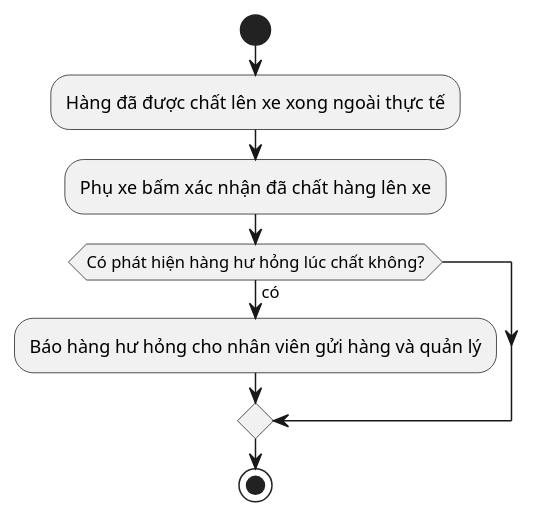
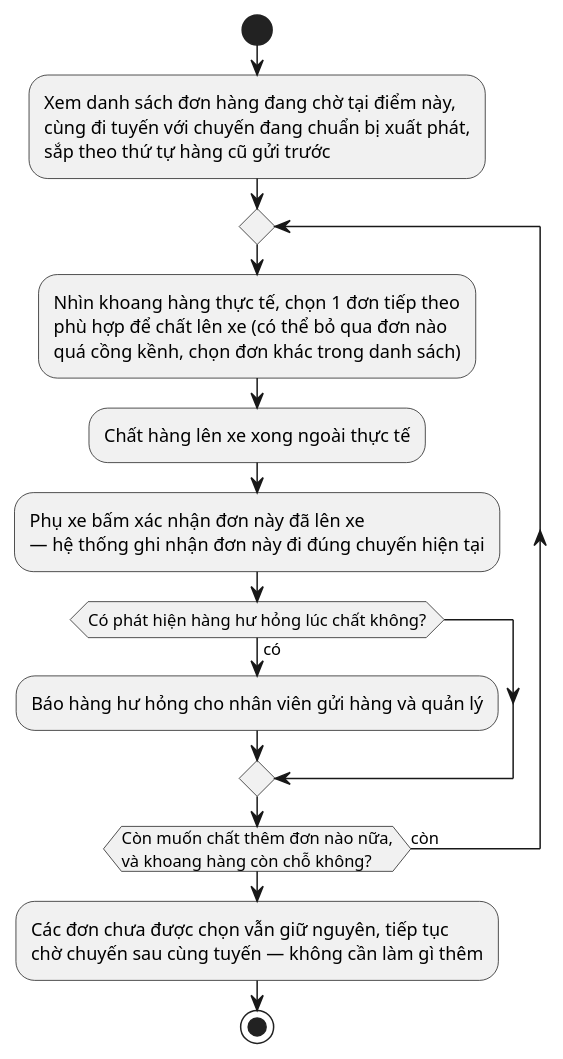
One commit to nguyenvietanhit19/Project1_HeThongQuanLyNhaXeKhachLienTinh changed diagram 35 of 52 in UML_DIAGRAMS.md. Above: the diagram before and after it, drawn with PlantUML. The commit also changed other lines of this file and 4 other files, not shown here.

First line of the commit message:
Cap nhat nghiep vu: role quan_ly_nhan_su, UC-45 hoan xe khi chua gan kip, redesign gui hang (chon tuyen thay vi chuyen, bo cong tai kg), UC-46 canh bao/hang ton khi hang cho qua lau tai diem nhan.

````diff
--- a/UML_DIAGRAMS.md
+++ b/UML_DIAGRAMS.md
@@ -837,11 +916,16 @@
 ```plantuml
 @startuml AD_UC26_ChatHang
 start
-:Hàng đã được chất lên xe xong ngoài thực tế;
-:Phụ xe bấm xác nhận đã chất hàng lên xe;
-if (Có phát hiện hàng hư hỏng lúc chất không?) then (có)
-  :Báo hàng hư hỏng cho nhân viên gửi hàng và quản lý;
-endif
+:Xem danh sách đơn hàng đang chờ tại điểm này,\ncùng đi tuyến với chuyến đang chuẩn bị xuất phát,\nsắp theo thứ tự hàng cũ gửi trước;
+repeat
+  :Nhìn khoang hàng thực tế, chọn 1 đơn tiếp theo\nphù hợp để chất lên xe (có thể bỏ qua đơn nào\nquá cồng kềnh, chọn đơn khác trong danh sách);
+  :Chất hàng lên xe xong ngoài thực tế;
+  :Phụ xe bấm xác nhận đơn này đã lên xe\n— hệ thống ghi nhận đơn này đi đúng chuyến hiện tại;
+  if (Có phát hiện hàng hư hỏng lúc chất không?) then (có)
+    :Báo hàng hư hỏng cho nhân viên gửi hàng và quản lý;
+  endif
+repeat while (Còn muốn chất thêm đơn nào nữa,\nvà khoang hàng còn chỗ không?) is (còn)
+:Các đơn chưa được chọn vẫn giữ nguyên, tiếp tục\nchờ chuyến sau cùng tuyến — không cần làm gì thêm;
 stop
 @enduml
 ```
````
